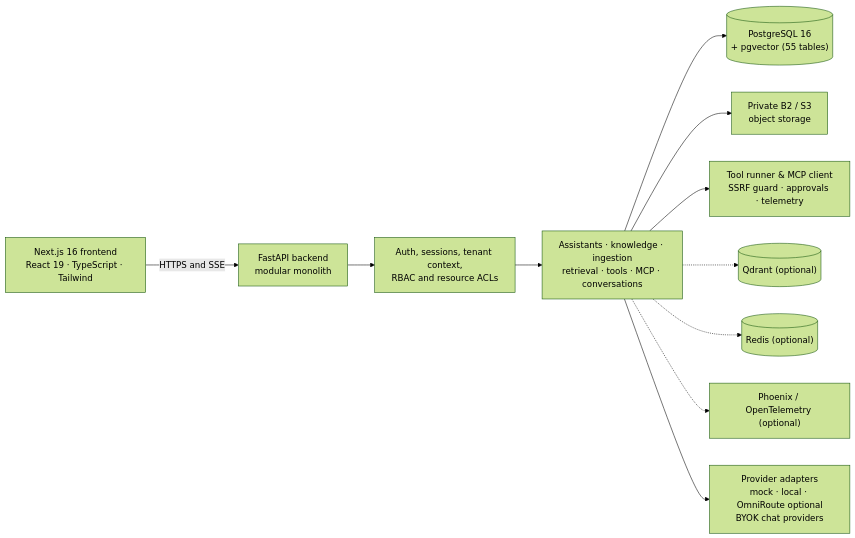
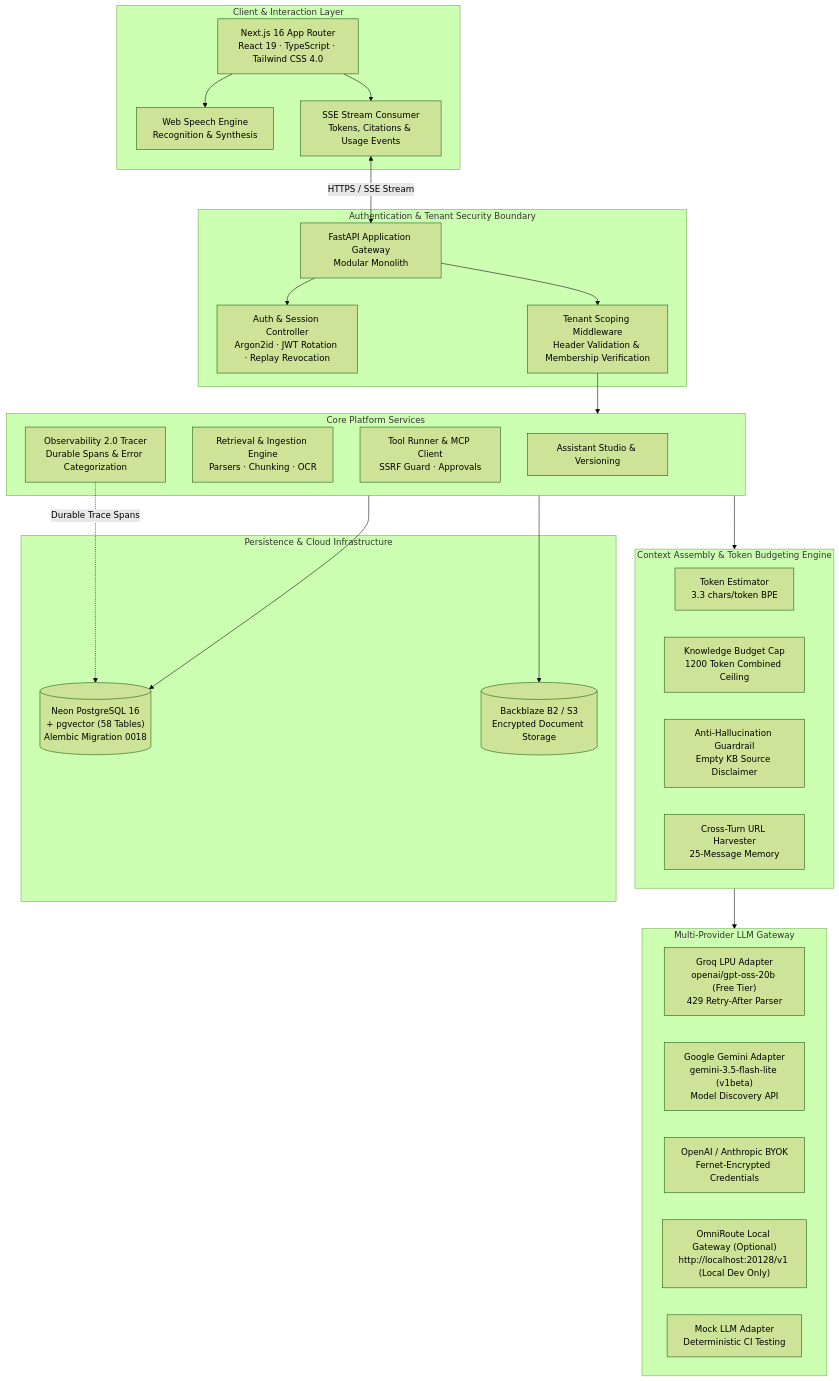
Before and after one commit to mustafaabadshah/Multi-Tenant-AI-Platform-CaaS: the first of 3 diagrams in README.md, drawn with Mermaid (forest theme). The commit also changed other lines of this file and 29 other files, not shown here.

Commit message:
fix(m28): harden LLM provider compatibility, token usage and model selection

````diff
--- a/README.md
+++ b/README.md
@@ -65,13 +70,54 @@
 ```mermaid
-flowchart LR
-    FE["Next.js 16 frontend<br/>React 19 · TypeScript · Tailwind"] -->|HTTPS and SSE| API["FastAPI backend<br/>modular monolith"]
-    API --> CTX["Auth, sessions, tenant context,<br/>RBAC and resource ACLs"]
-    CTX --> DOM["Assistants · knowledge · ingestion<br/>retrieval · tools · MCP · conversations"]
-    DOM --> PG[("PostgreSQL 16<br/>+ pgvector (55 tables)")]
-    DOM --> OBJ["Private B2 / S3<br/>object storage"]
-    DOM --> TOOLS["Tool runner & MCP client<br/>SSRF guard · approvals · telemetry"]
-    DOM -.-> QD[("Qdrant (optional)")]
-    DOM -.-> RD[("Redis (optional)")]
-    DOM -.-> PHX["Phoenix / OpenTelemetry (optional)"]
-    DOM --> PROV["Provider adapters<br/>mock · local · OmniRoute optional<br/>BYOK chat providers"]
+flowchart TB
+    subgraph ClientLayer ["Client & Interaction Layer"]
+        WEB["Next.js 16 App Router<br/>React 19 · TypeScript · Tailwind CSS 4.0"]
+        VOICE["Web Speech Engine<br/>Recognition & Synthesis"]
+        SSE_CLIENT["SSE Stream Consumer<br/>Tokens, Citations & Usage Events"]
+        WEB --> VOICE
+        WEB --> SSE_CLIENT
+    end
+
+    subgraph EdgeAndAuth ["Authentication & Tenant Security Boundary"]
+        ROUTER["FastAPI Application Gateway<br/>Modular Monolith"]
+        AUTH["Auth & Session Controller<br/>Argon2id · JWT Rotation · Replay Revocation"]
+        TENANT["Tenant Scoping Middleware<br/>Header Validation & Membership Verification"]
+        ROUTER --> AUTH
+        ROUTER --> TENANT
+    end
+
+    subgraph CoreServices ["Core Platform Services"]
+        ASSISTANT_SVC["Assistant Studio & Versioning"]
+        RAG_SVC["Retrieval & Ingestion Engine<br/>Parsers · Chunking · OCR"]
+        TOOL_SVC["Tool Runner & MCP Client<br/>SSRF Guard · Approvals"]
+        OBS_SVC["Observability 2.0 Tracer<br/>Durable Spans & Error Categorization"]
+    end
+
+    subgraph ContextAndBudget ["Context Assembly & Token Budgeting Engine"]
+        TOKEN_EST["Token Estimator<br/>3.3 chars/token BPE"]
+        BUDGET_CTRL["Knowledge Budget Cap<br/>1200 Token Combined Ceiling"]
+        ANTI_HALLUCINATE["Anti-Hallucination Guardrail<br/>Empty KB Source Disclaimer"]
+        URL_HARVEST["Cross-Turn URL Harvester<br/>25-Message Memory"]
+    end
+
+    subgraph LLMAdapters ["Multi-Provider LLM Gateway"]
+        GROQ["Groq LPU Adapter<br/>openai/gpt-oss-20b (Free Tier)<br/>429 Retry-After Parser"]
+        GEMINI["Google Gemini Adapter<br/>gemini-3.5-flash-lite (v1beta)<br/>Model Discovery API"]
+        OPENAI["OpenAI / Anthropic BYOK<br/>Fernet-Encrypted Credentials"]
+        OMNI["OmniRoute Local Gateway (Optional)<br/>http://localhost:20128/v1 (Local Dev Only)"]
+        MOCK_LLM["Mock LLM Adapter<br/>Deterministic CI Testing"]
+    end
+
+    subgraph StorageLayer ["Persistence & Cloud Infrastructure"]
+        PG[("Neon PostgreSQL 16<br/>+ pgvector (58 Tables)<br/>Alembic Migration 0018")]
+        B2[("Backblaze B2 / S3<br/>Encrypted Document Storage")]
+    end
+
+    %% Connections
+    SSE_CLIENT <-->|HTTPS / SSE Stream| ROUTER
+    TENANT --> CoreServices
+    CoreServices --> ContextAndBudget
+    ContextAndBudget --> LLMAdapters
+    CoreServices --> PG
+    CoreServices --> B2
+    OBS_SVC -.->|Durable Trace Spans| PG
 ```
````
